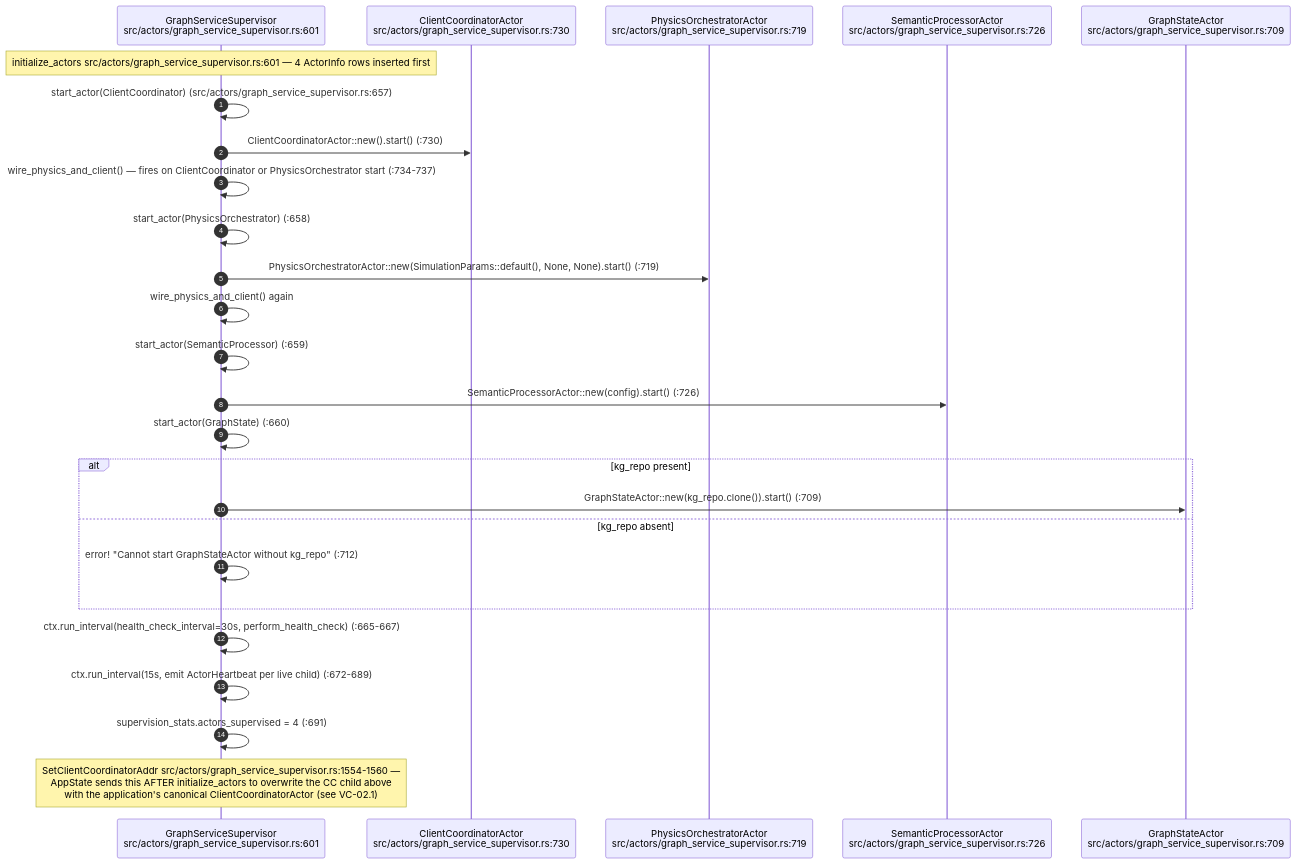
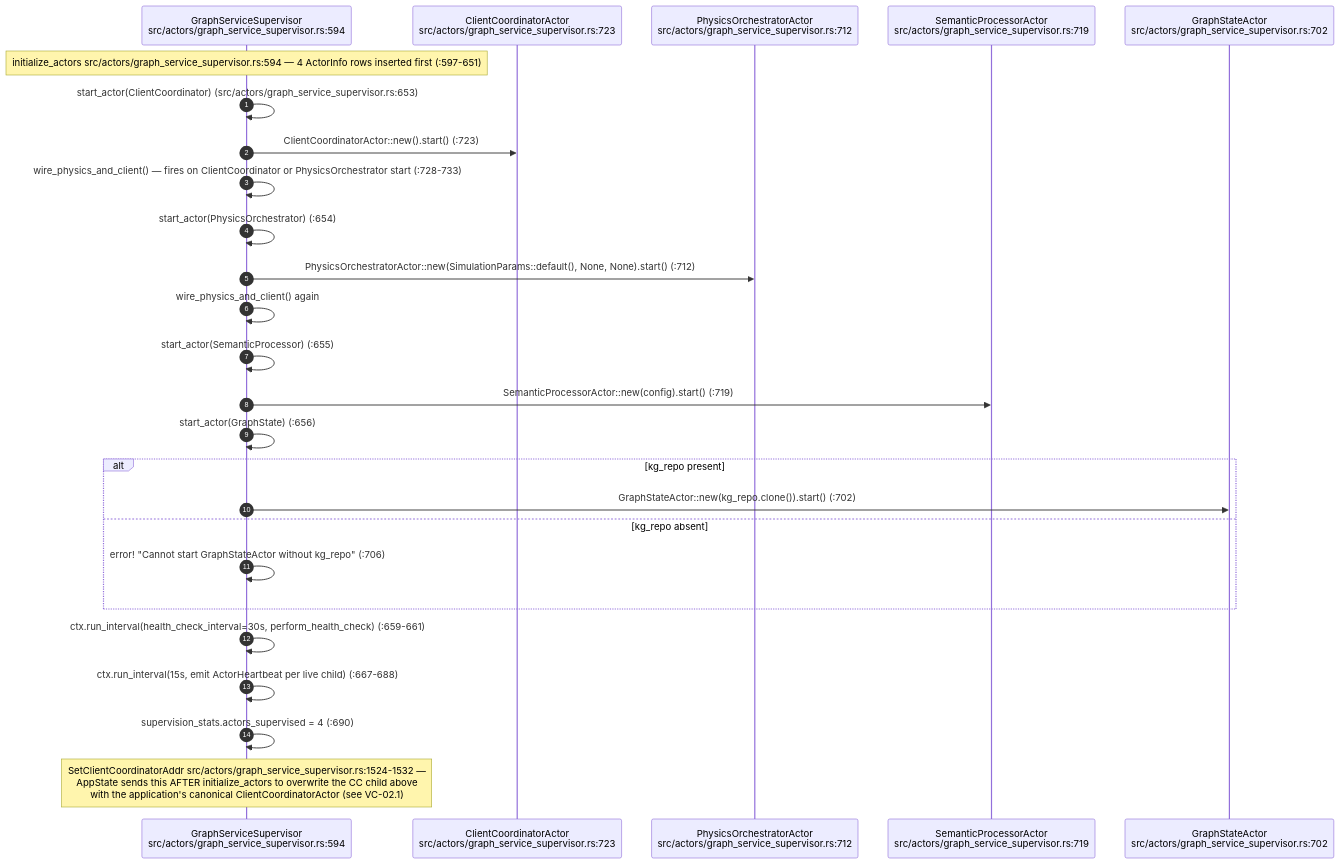
Before and after one commit to DreamLab-AI/AR-AI-Knowledge-Graph: the second of 20 diagrams in docs/diagrams/visionclaw/02-actor-supervision.md, drawn with Mermaid. The commit also changed other lines of this file and 172 other files, not shown here.

````diff
--- a/docs/diagrams/visionclaw/02-actor-supervision.md
+++ b/docs/diagrams/visionclaw/02-actor-supervision.md
@@ -82,29 +83,29 @@
 ```mermaid
 sequenceDiagram
     autonumber
-    participant S as GraphServiceSupervisor<br/>src/actors/graph_service_supervisor.rs:601
-    participant CC as ClientCoordinatorActor<br/>src/actors/graph_service_supervisor.rs:730
-    participant PO as PhysicsOrchestratorActor<br/>src/actors/graph_service_supervisor.rs:719
-    participant SP as SemanticProcessorActor<br/>src/actors/graph_service_supervisor.rs:726
-    participant GS as GraphStateActor<br/>src/actors/graph_service_supervisor.rs:709
+    participant S as GraphServiceSupervisor<br/>src/actors/graph_service_supervisor.rs:594
+    participant CC as ClientCoordinatorActor<br/>src/actors/graph_service_supervisor.rs:723
+    participant PO as PhysicsOrchestratorActor<br/>src/actors/graph_service_supervisor.rs:712
+    participant SP as SemanticProcessorActor<br/>src/actors/graph_service_supervisor.rs:719
+    participant GS as GraphStateActor<br/>src/actors/graph_service_supervisor.rs:702
 
-    Note over S: initialize_actors src/actors/graph_service_supervisor.rs:601 — 4 ActorInfo rows inserted first
-    S->>S: start_actor(ClientCoordinator) (src/actors/graph_service_supervisor.rs:657)
-    S->>CC: ClientCoordinatorActor::new().start() (:730)
-    S->>S: wire_physics_and_client() — fires on ClientCoordinator or PhysicsOrchestrator start (:734-737)
-    S->>S: start_actor(PhysicsOrchestrator) (:658)
-    S->>PO: PhysicsOrchestratorActor::new(SimulationParams::default(), None, None).start() (:719)
+    Note over S: initialize_actors src/actors/graph_service_supervisor.rs:594 — 4 ActorInfo rows inserted first (:597-651)
+    S->>S: start_actor(ClientCoordinator) (src/actors/graph_service_supervisor.rs:653)
+    S->>CC: ClientCoordinatorActor::new().start() (:723)
+    S->>S: wire_physics_and_client() — fires on ClientCoordinator or PhysicsOrchestrator start (:728-733)
+    S->>S: start_actor(PhysicsOrchestrator) (:654)
+    S->>PO: PhysicsOrchestratorActor::new(SimulationParams::default(), None, None).start() (:712)
     S->>S: wire_physics_and_client() again
-    S->>S: start_actor(SemanticProcessor) (:659)
-    S->>SP: SemanticProcessorActor::new(config).start() (:726)
-    S->>S: start_actor(GraphState) (:660)
+    S->>S: start_actor(SemanticProcessor) (:655)
+    S->>SP: SemanticProcessorActor::new(config).start() (:719)
+    S->>S: start_actor(GraphState) (:656)
     alt kg_repo present
-        S->>GS: GraphStateActor::new(kg_repo.clone()).start() (:709)
+        S->>GS: GraphStateActor::new(kg_repo.clone()).start() (:702)
     else kg_repo absent
-        S->>S: error! "Cannot start GraphStateActor without kg_repo" (:712)
+        S->>S: error! "Cannot start GraphStateActor without kg_repo" (:706)
     end
-    S->>S: ctx.run_interval(health_check_interval=30s, perform_health_check) (:665-667)
-    S->>S: ctx.run_interval(15s, emit ActorHeartbeat per live child) (:672-689)
-    S->>S: supervision_stats.actors_supervised = 4 (:691)
-    Note over S: SetClientCoordinatorAddr src/actors/graph_service_supervisor.rs:1554-1560 —<br/>AppState sends this AFTER initialize_actors to overwrite the CC child above<br/>with the application's canonical ClientCoordinatorActor (see VC-02.1)
+    S->>S: ctx.run_interval(health_check_interval=30s, perform_health_check) (:659-661)
+    S->>S: ctx.run_interval(15s, emit ActorHeartbeat per live child) (:667-688)
+    S->>S: supervision_stats.actors_supervised = 4 (:690)
+    Note over S: SetClientCoordinatorAddr src/actors/graph_service_supervisor.rs:1524-1532 —<br/>AppState sends this AFTER initialize_actors to overwrite the CC child above<br/>with the application's canonical ClientCoordinatorActor (see VC-02.1)
 ```
````
